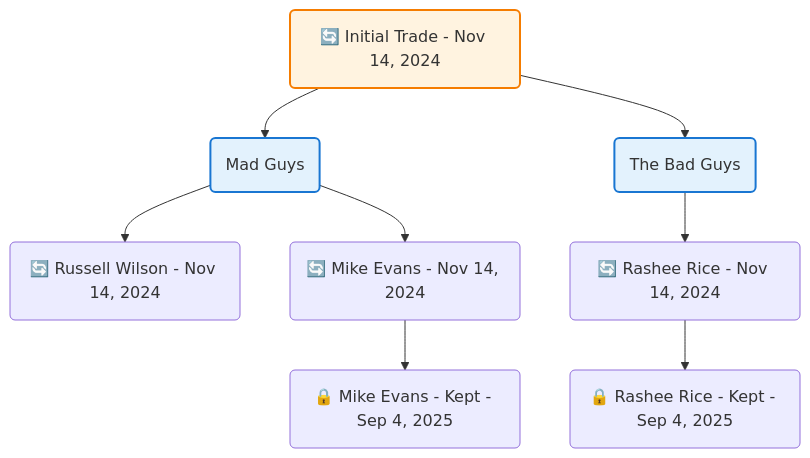
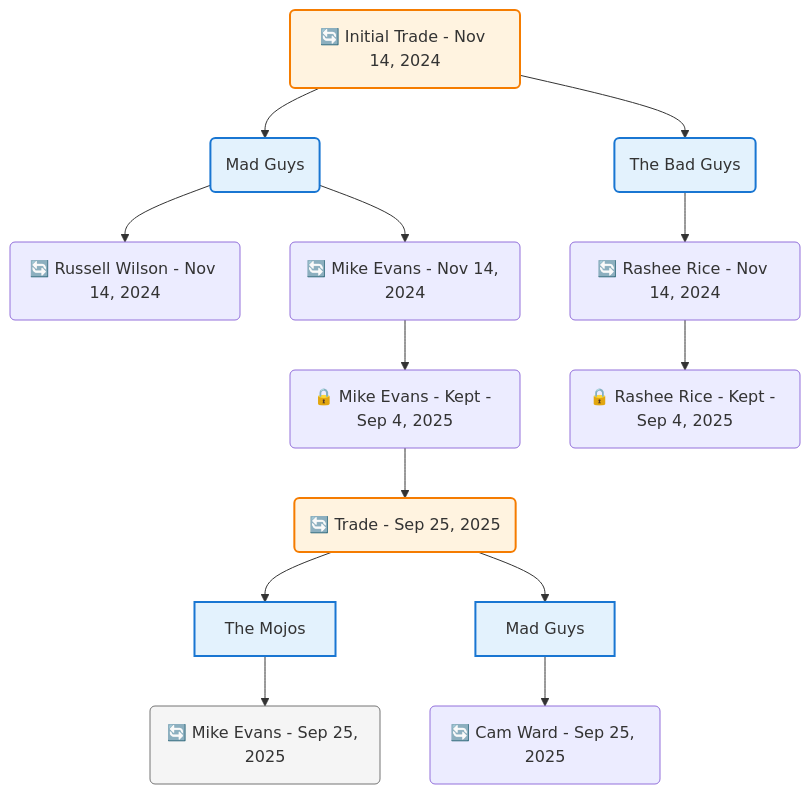
One commit to bsnooks/FantasyArchive changed the diagram in frontend/public/data/trade-trees/mermaid/e1669555-b4d0-4502-a4d5-8d4f5b7cd986.mmd. Above: the diagram before and after it, drawn with Mermaid. The commit also changed 332 other files, not shown here.

```diff
--- a/frontend/public/data/trade-trees/mermaid/e1669555-b4d0-4502-a4d5-8d4f5b7cd986.mmd
+++ b/frontend/public/data/trade-trees/mermaid/e1669555-b4d0-4502-a4d5-8d4f5b7cd986.mmd
@@ -1,30 +1,41 @@
 flowchart TD
 
     TRADE_MAIN("🔄 Initial Trade - Nov 14, 2024")
     TEAM_1("Mad Guys")
     TEAM_2("The Bad Guys")
     NODE_1a7e90bb-694a-430b-a9c6-0cf0083f5a1d("🔄 Russell Wilson - Nov 14, 2024")
     NODE_ca4dcfc8-9ab7-43d0-a591-1d01b1317754("🔄 Mike Evans - Nov 14, 2024")
     NODE_e8b2d058-a582-4417-88d0-d3b5f15adeb1("🔒 Mike Evans - Kept - Sep 4, 2025")
+    TRADE_4acea087-f061-4ce9-8f12-52c5020d2fa2_3("🔄 Trade - Sep 25, 2025")
+    TEAM_bbe2d0ad-54cf-4c22-be82-b2a5f262a157_4["The Mojos"]
+    NODE_5f3d4835-edcb-480e-8d78-2468a7659871("🔄 Mike Evans - Sep 25, 2025")
+    TEAM_f5908944-6efd-40eb-af54-6c53004e0e2f_5["Mad Guys"]
+    NODE_b6db8bce-dedf-4291-850b-d7138b482261("🔄 Cam Ward - Sep 25, 2025")
     NODE_fa0e74d1-3b4c-4e75-b098-589783324f71("🔄 Rashee Rice - Nov 14, 2024")
     NODE_893a6362-fd5e-4b2b-ba4d-aa9655521b2a("🔒 Rashee Rice - Kept - Sep 4, 2025")
 
     TRADE_MAIN --> TEAM_1
     TRADE_MAIN --> TEAM_2
     TEAM_1 --> NODE_1a7e90bb-694a-430b-a9c6-0cf0083f5a1d
     TEAM_1 --> NODE_ca4dcfc8-9ab7-43d0-a591-1d01b1317754
     NODE_ca4dcfc8-9ab7-43d0-a591-1d01b1317754 --> NODE_e8b2d058-a582-4417-88d0-d3b5f15adeb1
+    NODE_e8b2d058-a582-4417-88d0-d3b5f15adeb1 --> TRADE_4acea087-f061-4ce9-8f12-52c5020d2fa2_3
+    TRADE_4acea087-f061-4ce9-8f12-52c5020d2fa2_3 --> TEAM_bbe2d0ad-54cf-4c22-be82-b2a5f262a157_4
+    TEAM_bbe2d0ad-54cf-4c22-be82-b2a5f262a157_4 --> NODE_5f3d4835-edcb-480e-8d78-2468a7659871
+    TRADE_4acea087-f061-4ce9-8f12-52c5020d2fa2_3 --> TEAM_f5908944-6efd-40eb-af54-6c53004e0e2f_5
+    TEAM_f5908944-6efd-40eb-af54-6c53004e0e2f_5 --> NODE_b6db8bce-dedf-4291-850b-d7138b482261
     TEAM_2 --> NODE_fa0e74d1-3b4c-4e75-b098-589783324f71
     NODE_fa0e74d1-3b4c-4e75-b098-589783324f71 --> NODE_893a6362-fd5e-4b2b-ba4d-aa9655521b2a
 
     %% Node styling
     classDef teamNode fill:#e3f2fd,stroke:#1976d2,stroke-width:2px
     classDef tradeNode fill:#fff3e0,stroke:#f57c00,stroke-width:2px
     classDef playerNode fill:#f3e5f5,stroke:#7b1fa2,stroke-width:1px
     classDef nonRootPlayerNode fill:#f5f5f5,stroke:#757575,stroke-width:1px
     classDef endNode fill:#ffebee,stroke:#c62828,stroke-width:2px
     classDef waiverNode fill:#e8f5e8,stroke:#388e3c,stroke-width:2px
     classDef championshipNode fill:#fff9c4,stroke:#f57f17,stroke-width:3px
 
-    class TEAM_1,TEAM_2 teamNode
-    class TRADE_MAIN tradeNode
+    class TEAM_1,TEAM_2,TEAM_bbe2d0ad-54cf-4c22-be82-b2a5f262a157_4,TEAM_f5908944-6efd-40eb-af54-6c53004e0e2f_5 teamNode
+    class NODE_5f3d4835-edcb-480e-8d78-2468a7659871 nonRootPlayerNode
+    class TRADE_MAIN,TRADE_4acea087-f061-4ce9-8f12-52c5020d2fa2_3 tradeNode
```
